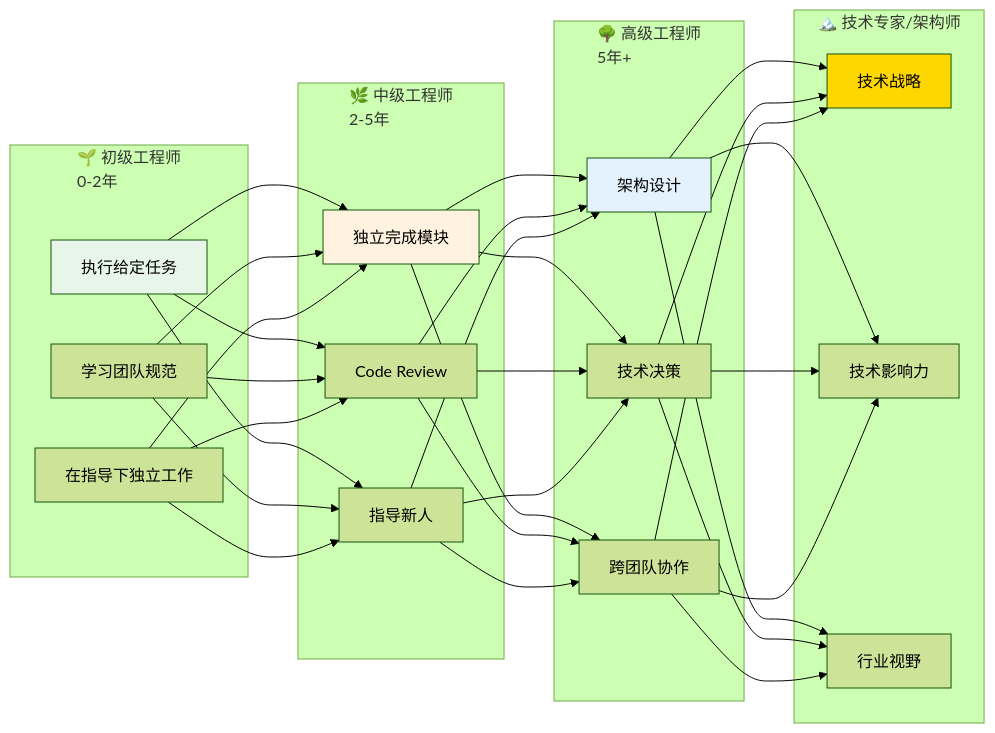
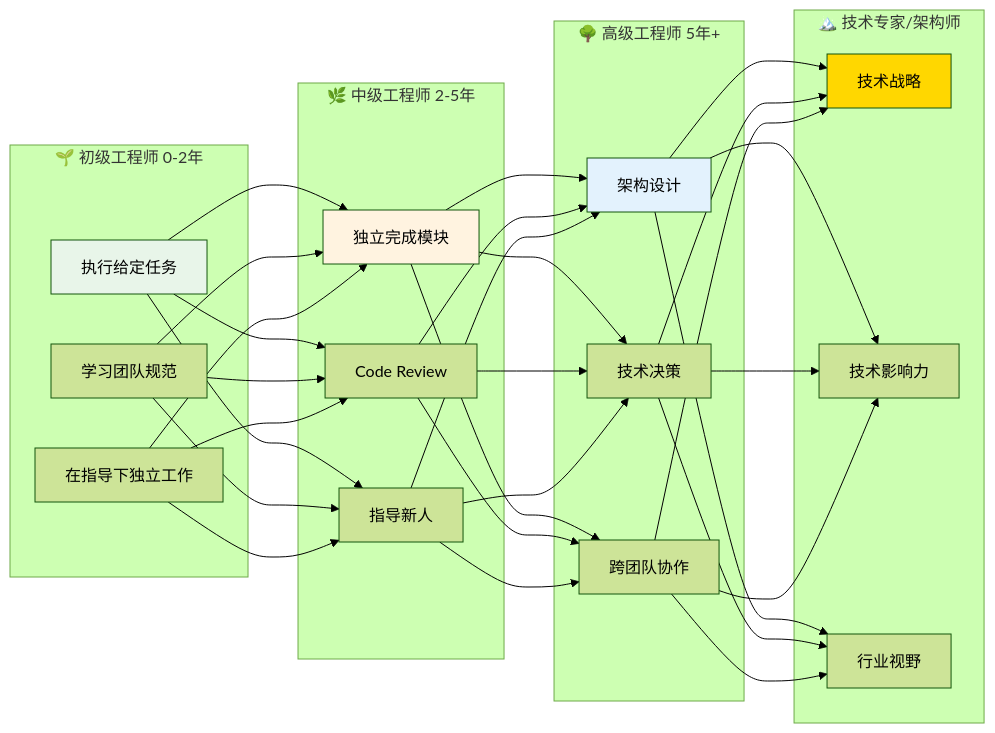
One commit to wxyClark/wxyClark.github.io changed the fifth of 5 diagrams in content/AI-IT/fundamentals/software/10-technical-team-management.md. Above: the diagram before and after it, drawn with Mermaid (forest theme). The commit also changed 97 other files, not shown here.

First line of the commit message:
fix(content): 修复 mermaid 图表节点定义格式

````diff
--- a/content/AI-IT/fundamentals/software/10-technical-team-management.md
+++ b/content/AI-IT/fundamentals/software/10-technical-team-management.md
@@ -144,35 +144,35 @@
 ```mermaid
 flowchart LR
-    subgraph 初级["🌱 初级工程师<br/>0-2年"]
+    subgraph 初级["🌱 初级工程师 0-2年"]
         J1["执行给定任务"]
         J2["学习团队规范"]
         J3["在指导下独立工作"]
     end
     
-    subgraph 中级["🌿 中级工程师<br/>2-5年"]
+    subgraph 中级["🌿 中级工程师 2-5年"]
         S1["独立完成模块"]
         S2["Code Review"]
         S3["指导新人"]
     end
     
-    subgraph 高级["🌳 高级工程师<br/>5年+"]
+    subgraph 高级["🌳 高级工程师 5年+"]
         H1["架构设计"]
         H2["技术决策"]
         H3["跨团队协作"]
     end
     
     subgraph 专家["🏔️ 技术专家/架构师"]
         E1["技术战略"]
         E2["技术影响力"]
         E3["行业视野"]
     end
     
     J1 & J2 & J3 --> S1 & S2 & S3
     S1 & S2 & S3 --> H1 & H2 & H3
     H1 & H2 & H3 --> E1 & E2 & E3
     
     style J1 fill:#e8f5e9
     style S1 fill:#fff3e0
     style H1 fill:#e3f2fd
     style E1 fill:#FFD700
 ```
````
